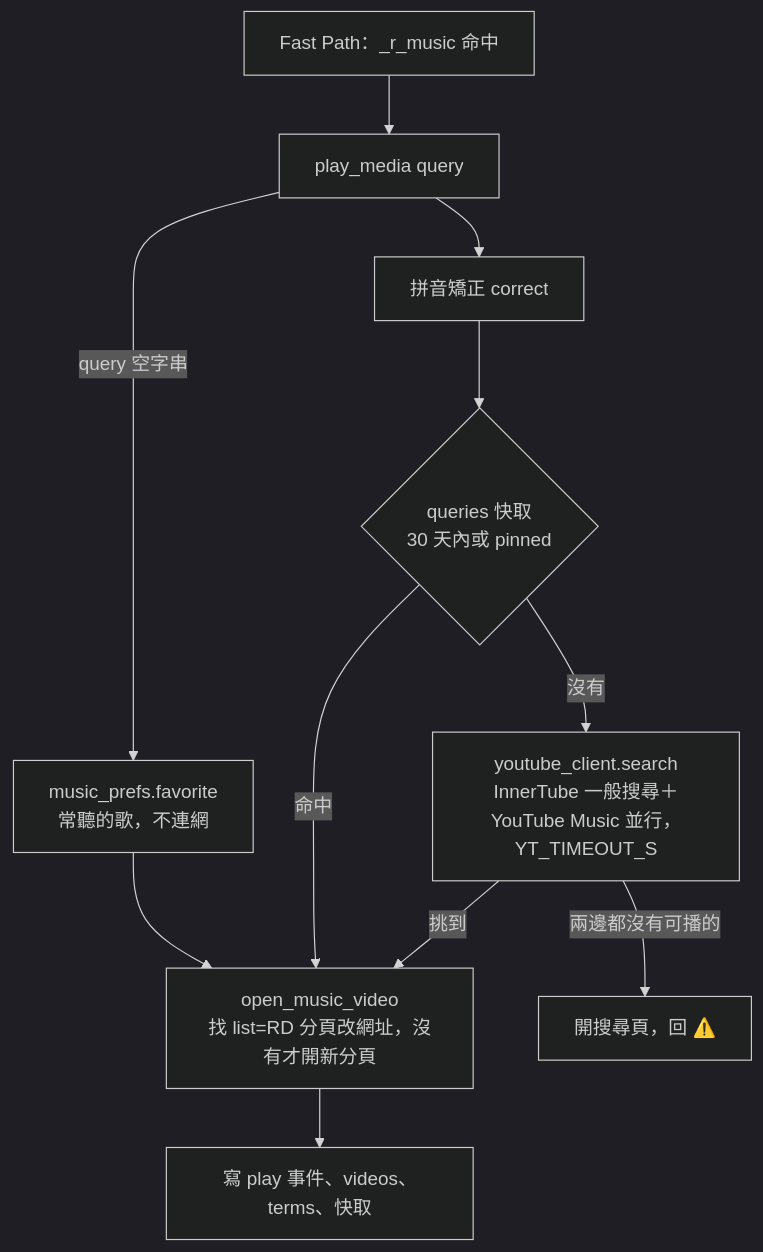
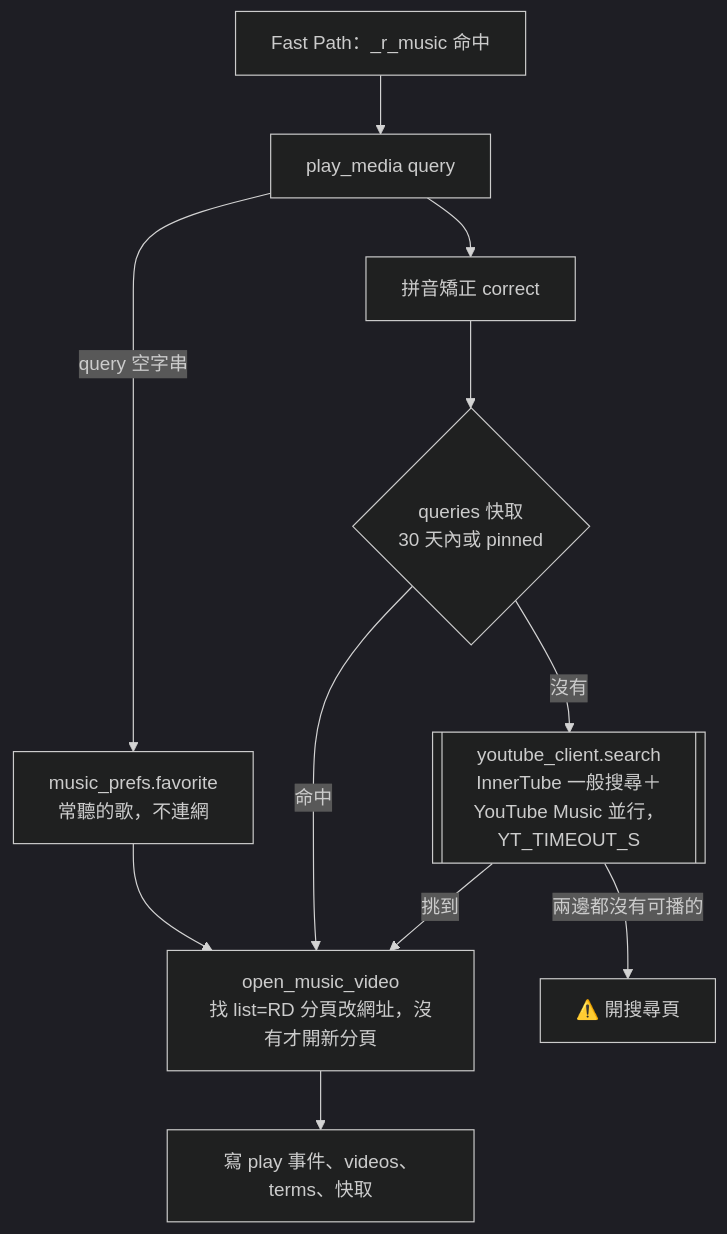
One commit to young878787/mac_ai_control changed the second of 5 diagrams in docs/flows/main-flow.md. Above: the diagram before and after it, drawn with Mermaid (dark theme). The commit also changed other lines of this file and 4 other files, not shown here.

Commit message:
docs: 流程圖改成新規範，加上 test_docs_flows 檢查（T1～T11）與依賴契約計畫的實測結果

````diff
--- a/docs/flows/main-flow.md
+++ b/docs/flows/main-flow.md
@@ -104,13 +115,13 @@
 ```mermaid
 flowchart TD
-    M[Fast Path：_r_music 命中] --> P[play_media query]
-    P -- query 空字串 --> Fav[music_prefs.favorite<br/>常聽的歌，不連網]
-    P --> Fix[拼音矯正 correct]
-    Fix --> Cache{queries 快取<br/>30 天內或 pinned}
-    Cache -- 命中 --> Open
-    Cache -- 沒有 --> S[youtube_client.search<br/>InnerTube 一般搜尋＋YouTube Music 並行，YT_TIMEOUT_S]
-    S -- 挑到 --> Open[open_music_video<br/>找 list=RD 分頁改網址，沒有才開新分頁]
-    S -- 兩邊都沒有可播的 --> Page[開搜尋頁，回 ⚠️]
-    Fav --> Open
-    Open --> Rec[寫 play 事件、videos、terms、快取]
+    MusicHit["Fast Path：_r_music 命中"] --> PlayMedia["play_media query"]
+    PlayMedia -- "query 空字串" --> Favorite["music_prefs.favorite<br/>常聽的歌，不連網"]
+    PlayMedia --> Correct["拼音矯正 correct"]
+    Correct --> Cache{"queries 快取<br/>30 天內或 pinned"}
+    Cache -- "命中" --> OpenVideo
+    Cache -- "沒有" --> Search[["youtube_client.search<br/>InnerTube 一般搜尋＋YouTube Music 並行，YT_TIMEOUT_S"]]
+    Search -- "挑到" --> OpenVideo["open_music_video<br/>找 list=RD 分頁改網址，沒有才開新分頁"]
+    Search -- "兩邊都沒有可播的" --> SearchPage["⚠️ 開搜尋頁"]
+    Favorite --> OpenVideo
+    OpenVideo --> Record["寫 play 事件、videos、terms、快取"]
 ```
````
